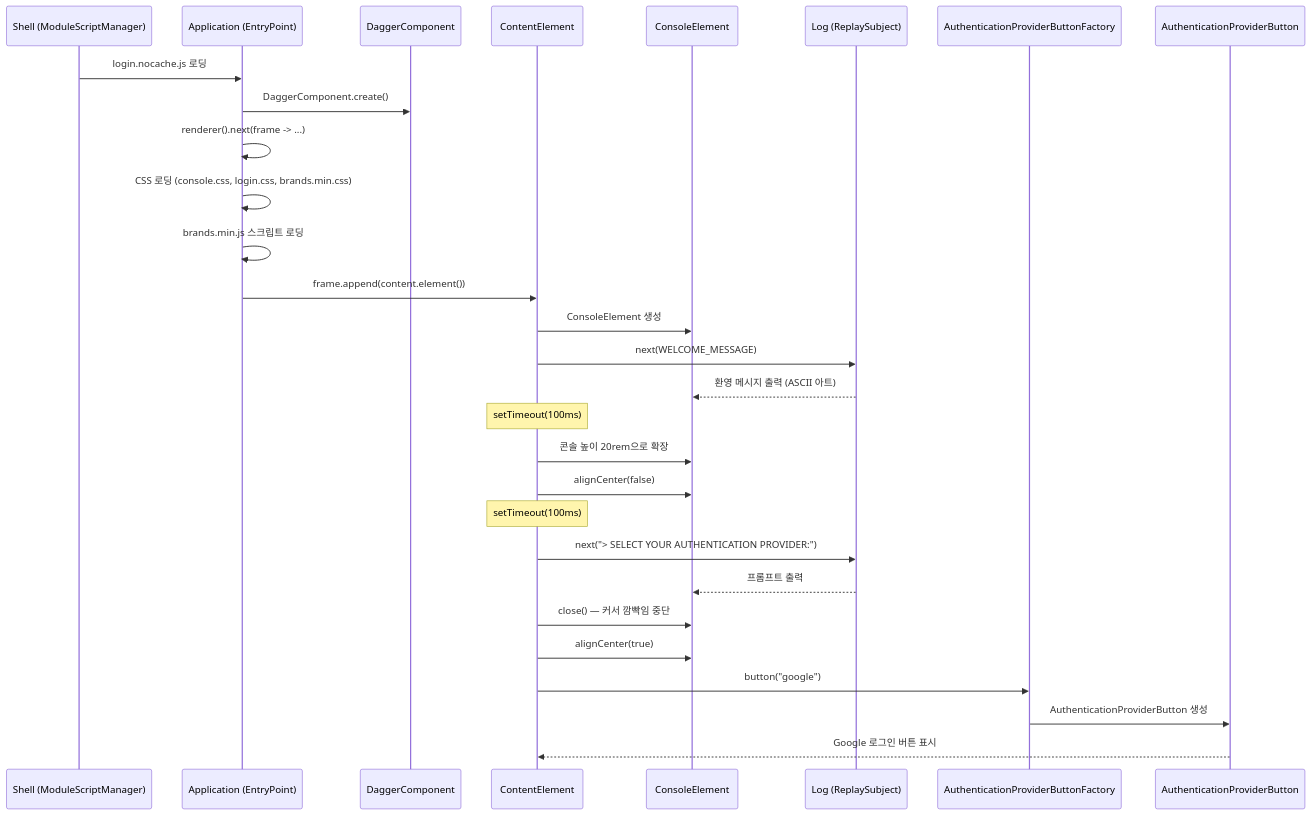
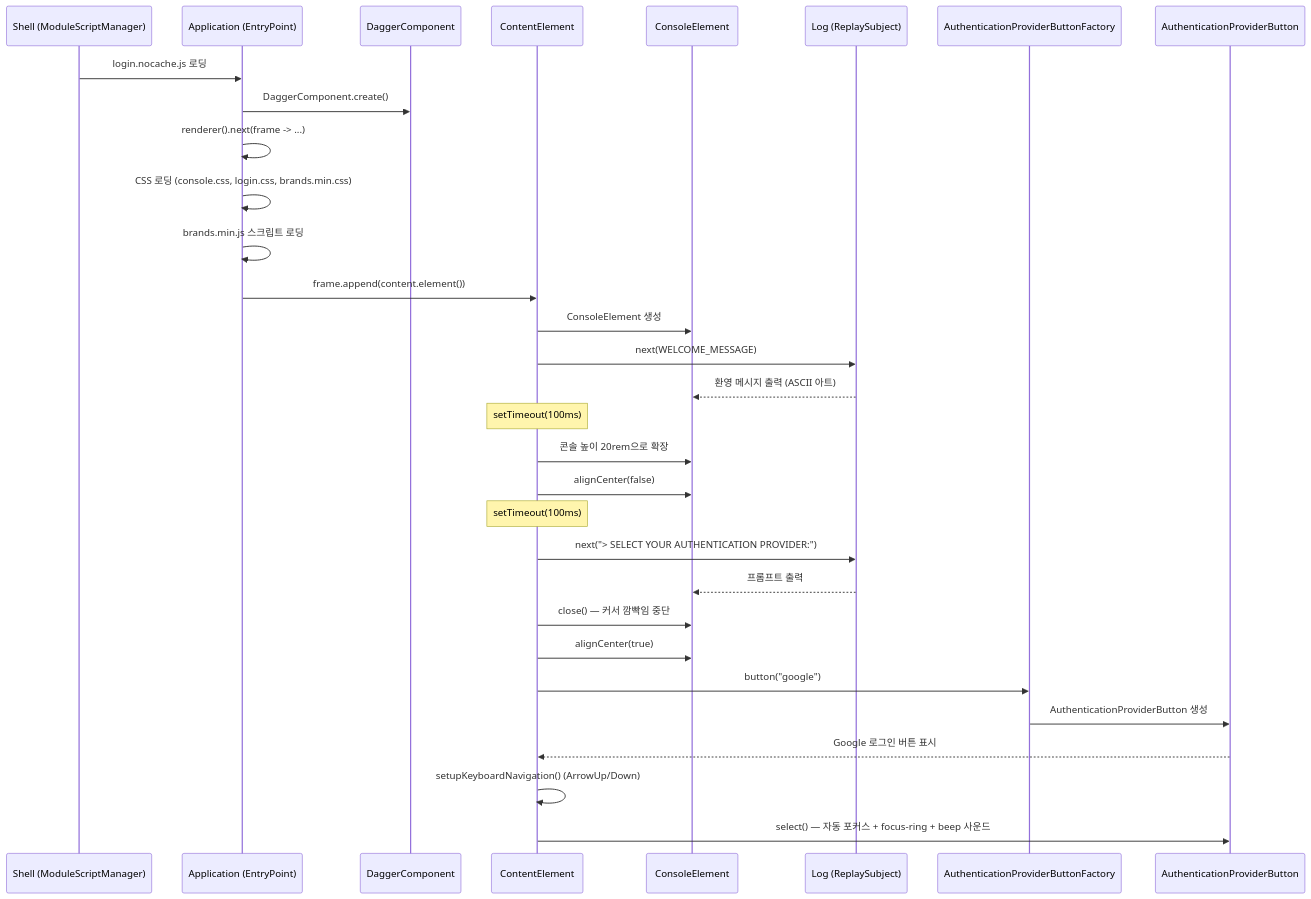
Before and after one commit to sayaya1090/handbook: the first of 3 diagrams in login-ui/USECASE.md, drawn with Mermaid. The commit also changed other lines of this file and 6 other files, not shown here.

````diff
--- a/login-ui/USECASE.md
+++ b/login-ui/USECASE.md
@@ -5,32 +5,34 @@
 ```mermaid
 sequenceDiagram
     participant Shell as Shell (ModuleScriptManager)
     participant App as Application (EntryPoint)
     participant Comp as DaggerComponent
     participant Content as ContentElement
     participant Console as ConsoleElement
     participant Log as Log (ReplaySubject)
     participant Factory as AuthenticationProviderButtonFactory
     participant Btn as AuthenticationProviderButton
 
     Shell->>App: login.nocache.js 로딩
     App->>Comp: DaggerComponent.create()
     App->>App: renderer().next(frame -> ...)
     App->>App: CSS 로딩 (console.css, login.css, brands.min.css)
     App->>App: brands.min.js 스크립트 로딩
     App->>Content: frame.append(content.element())
     Content->>Console: ConsoleElement 생성
     Content->>Log: next(WELCOME_MESSAGE)
     Log-->>Console: 환영 메시지 출력 (ASCII 아트)
     Note over Content: setTimeout(100ms)
     Content->>Console: 콘솔 높이 20rem으로 확장
     Content->>Console: alignCenter(false)
     Note over Content: setTimeout(100ms)
     Content->>Log: next("> SELECT YOUR AUTHENTICATION PROVIDER:")
     Log-->>Console: 프롬프트 출력
     Content->>Console: close() — 커서 깜빡임 중단
     Content->>Console: alignCenter(true)
     Content->>Factory: button("google")
     Factory->>Btn: AuthenticationProviderButton 생성
     Btn-->>Content: Google 로그인 버튼 표시
+    Content->>Content: setupKeyboardNavigation() (ArrowUp/Down)
+    Content->>Btn: select() — 자동 포커스 + focus-ring + beep 사운드
 ```
````
